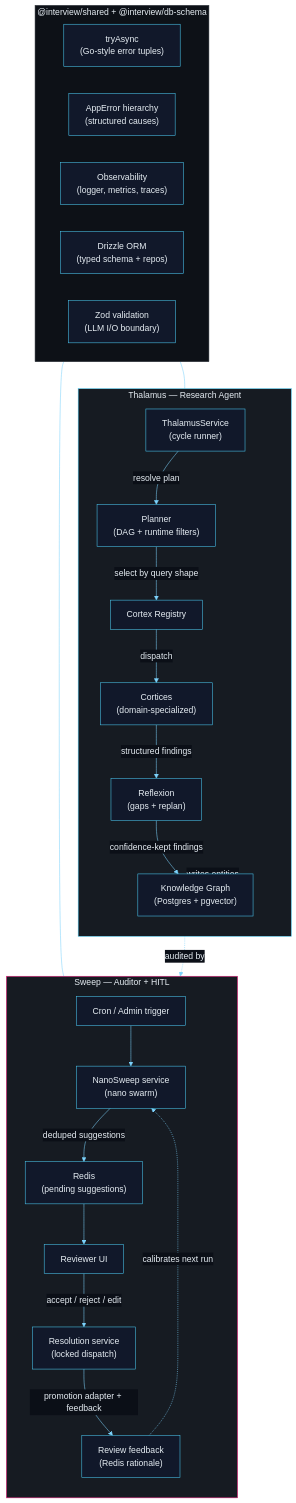
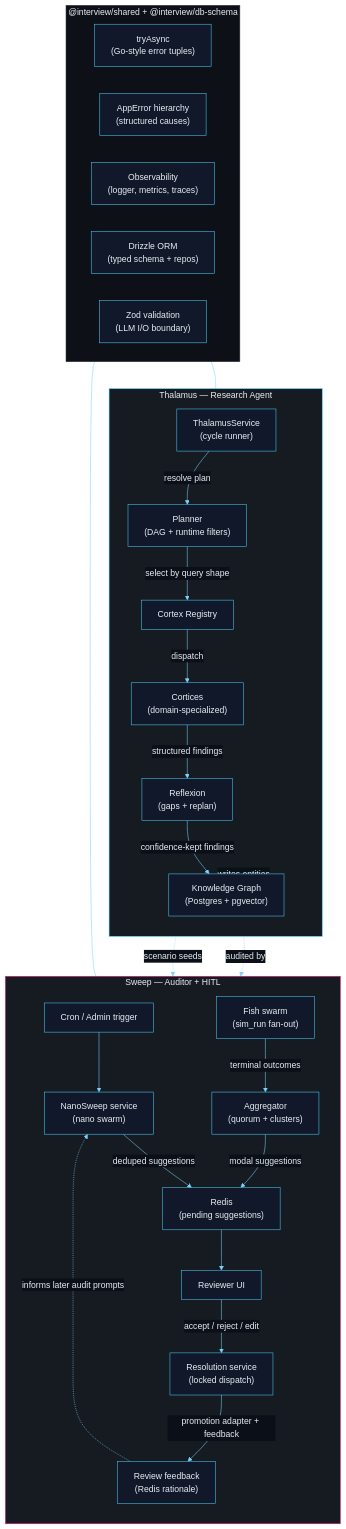
The diagram in README.md (jeremienunez/thalamus-usecase-ssa-), drawn with Mermaid before and after one commit. The commit also changed other lines of this file and 13 other files, not shown here.

````diff
--- a/README.md
+++ b/README.md
@@ -81,55 +82,60 @@
 ```mermaid
 %%{init: {'theme':'base','themeVariables':{'background':'#0b0f17','primaryColor':'#11182a','primaryTextColor':'#e6edf3','primaryBorderColor':'#4cc9f0','secondaryColor':'#1a2033','tertiaryColor':'#141a28','secondaryTextColor':'#e6edf3','tertiaryTextColor':'#e6edf3','noteTextColor':'#e6edf3','noteBkgColor':'#1a2033','noteBorderColor':'#4cc9f0','lineColor':'#7dd3fc','textColor':'#e6edf3','mainBkg':'#11182a','secondBkg':'#1a2033','clusterBkg':'#0d1320','clusterBorder':'#4cc9f0','titleColor':'#e6edf3','edgeLabelBackground':'#0b0f17','labelBoxBkgColor':'#11182a','labelBoxBorderColor':'#4cc9f0','labelTextColor':'#e6edf3','actorBkg':'#11182a','actorBorder':'#4cc9f0','actorTextColor':'#e6edf3','actorLineColor':'#7dd3fc','signalColor':'#e6edf3','signalTextColor':'#e6edf3','activationBkgColor':'#1a2033','activationBorderColor':'#4cc9f0','sequenceNumberColor':'#0b0f17','classText':'#e6edf3'}}}%%
 flowchart TB
     classDef default fill:#11182a,stroke:#4cc9f0,stroke-width:1px,color:#e6edf3;
     subgraph FOUNDATION["@interview/shared + @interview/db-schema"]
         direction LR
         tryAsync["tryAsync<br/>(Go-style error tuples)"]
         AppError["AppError hierarchy<br/>(structured causes)"]
         Observability["Observability<br/>(logger, metrics, traces)"]
         Drizzle["Drizzle ORM<br/>(typed schema + repos)"]
         Zod["Zod validation<br/>(LLM I/O boundary)"]
     end
 
     subgraph THALAMUS["Thalamus — Research Agent"]
         direction TB
         Orch["ThalamusService<br/>(cycle runner)"]
         Planner["Planner<br/>(DAG + runtime filters)"]
         Registry["Cortex Registry"]
         Cortices["Cortices<br/>(domain-specialized)"]
         Reflexion["Reflexion<br/>(gaps + replan)"]
         KG["Knowledge Graph<br/>(Postgres + pgvector)"]
 
         Orch -->|"resolve plan"| Planner
         Planner -->|"select by query shape"| Registry
         Registry -->|"dispatch"| Cortices
         Cortices -->|"structured findings"| Reflexion
         Reflexion -->|"confidence-kept findings"| KG
     end
 
     subgraph SWEEP["Sweep — Auditor + HITL"]
         direction TB
         Cron["Cron / Admin trigger"]
         NanoSweep["NanoSweep service<br/>(nano swarm)"]
+        Fish["Fish swarm<br/>(sim_run fan-out)"]
+        Aggregator["Aggregator<br/>(quorum + clusters)"]
         Redis["Redis<br/>(pending suggestions)"]
         ReviewerUI["Reviewer UI"]
         Resolution["Resolution service<br/>(locked dispatch)"]
         Feedback["Review feedback<br/>(Redis rationale)"]
 
         Cron --> NanoSweep
         NanoSweep -->|"deduped suggestions"| Redis
+        Fish -->|"terminal outcomes"| Aggregator
+        Aggregator -->|"modal suggestions"| Redis
         Redis --> ReviewerUI
         ReviewerUI -->|"accept / reject / edit"| Resolution
         Resolution -->|"promotion adapter + feedback"| Feedback
     end
 
     THALAMUS -->|"writes entities"| KG
     KG -.->|"audited by"| SWEEP
-    Feedback -.->|"calibrates next run"| NanoSweep
+    KG -.->|"scenario seeds"| Fish
+    Feedback -.->|"informs later audit prompts"| NanoSweep
     FOUNDATION --- THALAMUS
     FOUNDATION --- SWEEP
 
     style FOUNDATION fill:#0d1117,stroke:#30363d,color:#e6edf3
     style THALAMUS fill:#161b22,stroke:#4cc9f0,color:#e6edf3
     style SWEEP fill:#161b22,stroke:#f72585,color:#e6edf3
 ```
````
